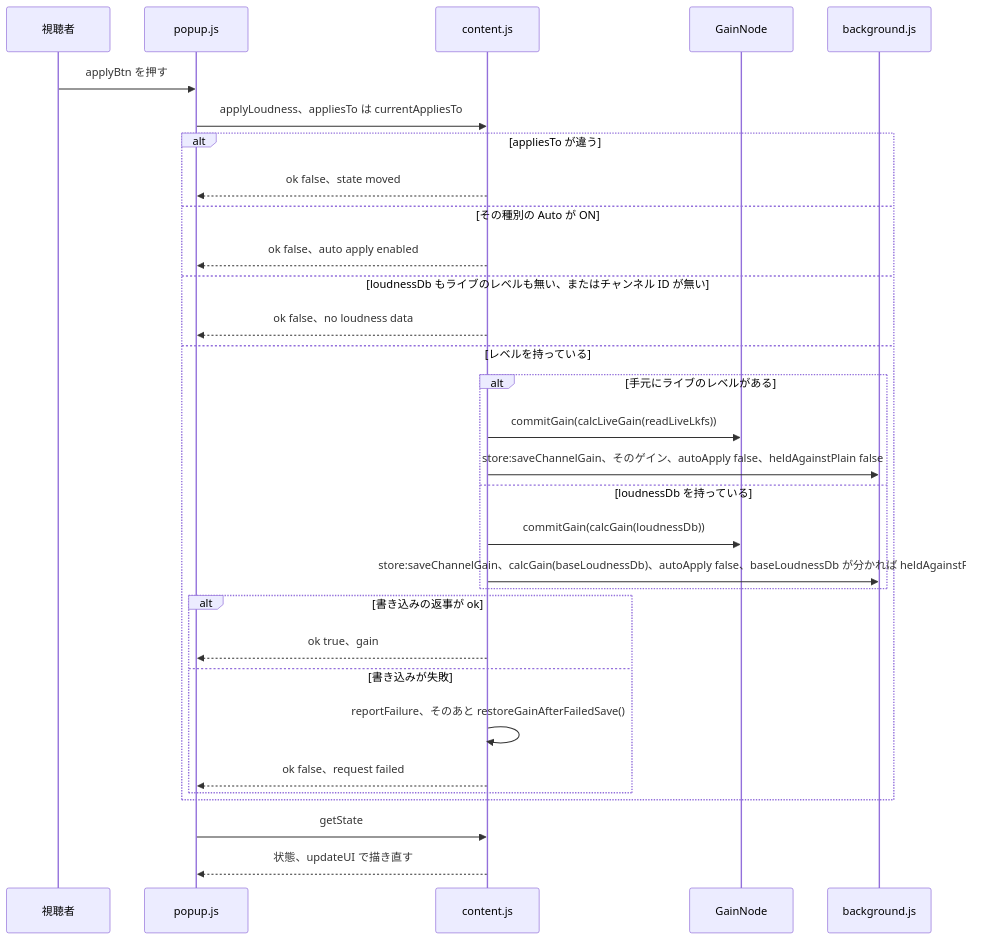
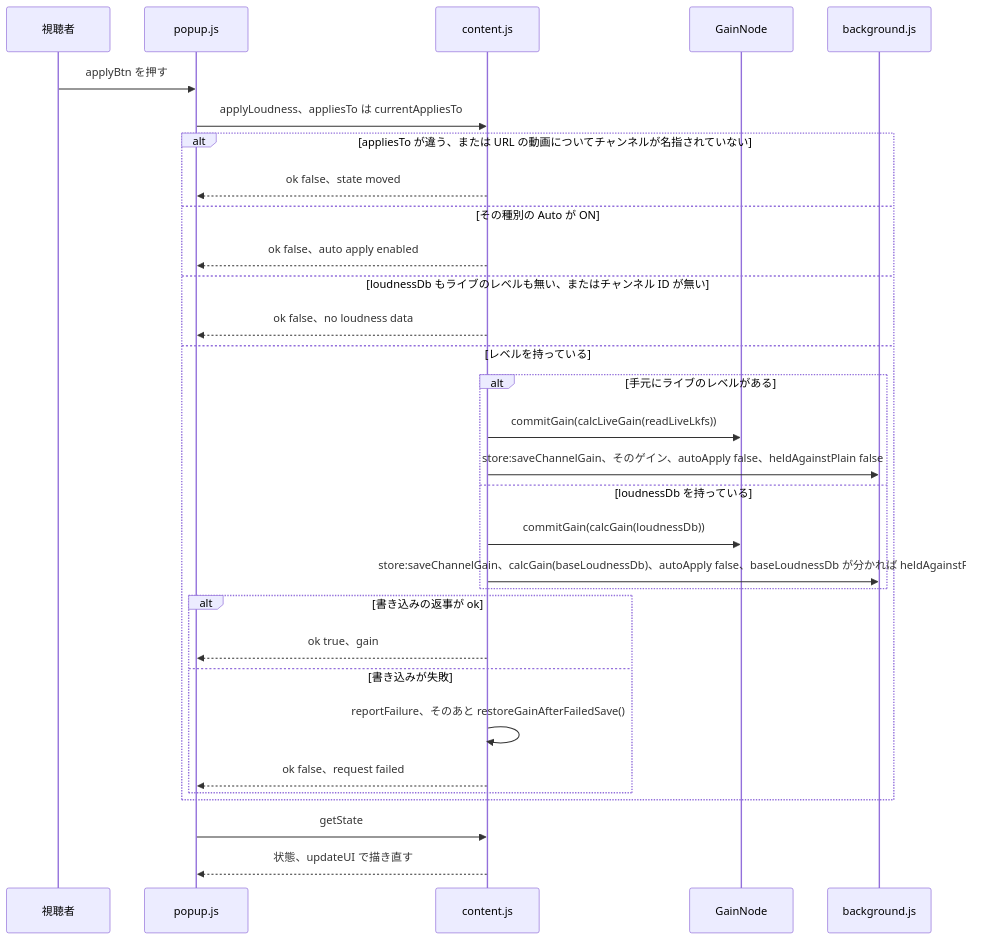
One commit to semnil/yt-channel-volume changed the fifth of 14 diagrams in docs/gain-change-and-save.ja.md. Above: the diagram before and after it, drawn with Mermaid. The commit also changed other lines of this file and 5 other files, not shown here.

````diff
--- a/docs/gain-change-and-save.ja.md
+++ b/docs/gain-change-and-save.ja.md
@@ -251,33 +251,33 @@
 ```mermaid
 sequenceDiagram
   participant V as 視聴者
   participant P as popup.js
   participant C as content.js
   participant G as GainNode
   participant W as background.js
   V->>P: applyBtn を押す
   P->>C: applyLoudness、appliesTo は currentAppliesTo
-  alt appliesTo が違う
+  alt appliesTo が違う、または URL の動画についてチャンネルが名指されていない
     C-->>P: ok false、state moved
   else その種別の Auto が ON
     C-->>P: ok false、auto apply enabled
   else loudnessDb もライブのレベルも無い、またはチャンネル ID が無い
     C-->>P: ok false、no loudness data
   else レベルを持っている
     alt 手元にライブのレベルがある
       C->>G: commitGain(calcLiveGain(readLiveLkfs))
       C->>W: store:saveChannelGain、そのゲイン、autoApply false、heldAgainstPlain false
     else loudnessDb を持っている
       C->>G: commitGain(calcGain(loudnessDb))
       C->>W: store:saveChannelGain、calcGain(baseLoudnessDb)、autoApply false、baseLoudnessDb が分かれば heldAgainstPlain
     end
     alt 書き込みの返事が ok
       C-->>P: ok true、gain
     else 書き込みが失敗
       C->>C: reportFailure、そのあと restoreGainAfterFailedSave()
       C-->>P: ok false、request failed
     end
   end
   P->>C: getState
   C-->>P: 状態、updateUI で描き直す
 ```
````
